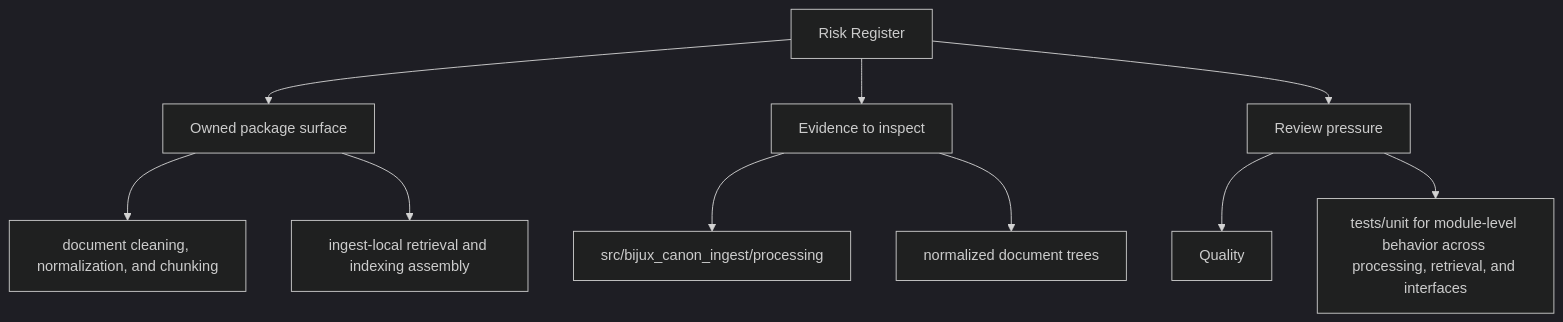
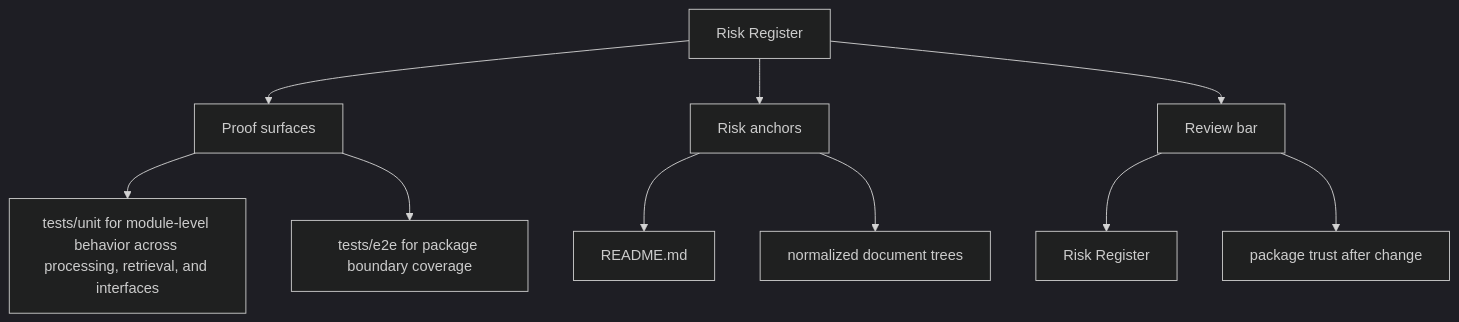
The second of 2 diagrams in docs/bijux-canon-ingest/quality/risk-register.md (bijux/bijux-canon), drawn with Mermaid (dark theme) before and after one commit. The commit also changed other lines of this file and 250 other files, not shown here.

Commit message:
docs(diagrams): make product page maps more readable

````diff
--- a/docs/bijux-canon-ingest/quality/risk-register.md
+++ b/docs/bijux-canon-ingest/quality/risk-register.md
@@ -35,22 +35,22 @@
 ```mermaid
 flowchart TD
     page["Risk Register"]
-    focus1["Owned package surface"]
+    focus1["Proof surfaces"]
     page --> focus1
-    focus1_1["document cleaning, normalization, and chunking"]
+    focus1_1["tests/unit for module-level behavior across processing, retrieval, and interfaces"]
     focus1 --> focus1_1
-    focus1_2["ingest-local retrieval and indexing assembly"]
+    focus1_2["tests/e2e for package boundary coverage"]
     focus1 --> focus1_2
-    focus2["Evidence to inspect"]
+    focus2["Risk anchors"]
     page --> focus2
-    focus2_1["src/bijux_canon_ingest/processing"]
+    focus2_1["README.md"]
     focus2 --> focus2_1
     focus2_2["normalized document trees"]
     focus2 --> focus2_2
-    focus3["Review pressure"]
+    focus3["Review bar"]
     page --> focus3
-    focus3_1["Quality"]
+    focus3_1["Risk Register"]
     focus3 --> focus3_1
-    focus3_2["tests/unit for module-level behavior across processing, retrieval, and interfaces"]
+    focus3_2["package trust after change"]
     focus3 --> focus3_2
 ```
````
